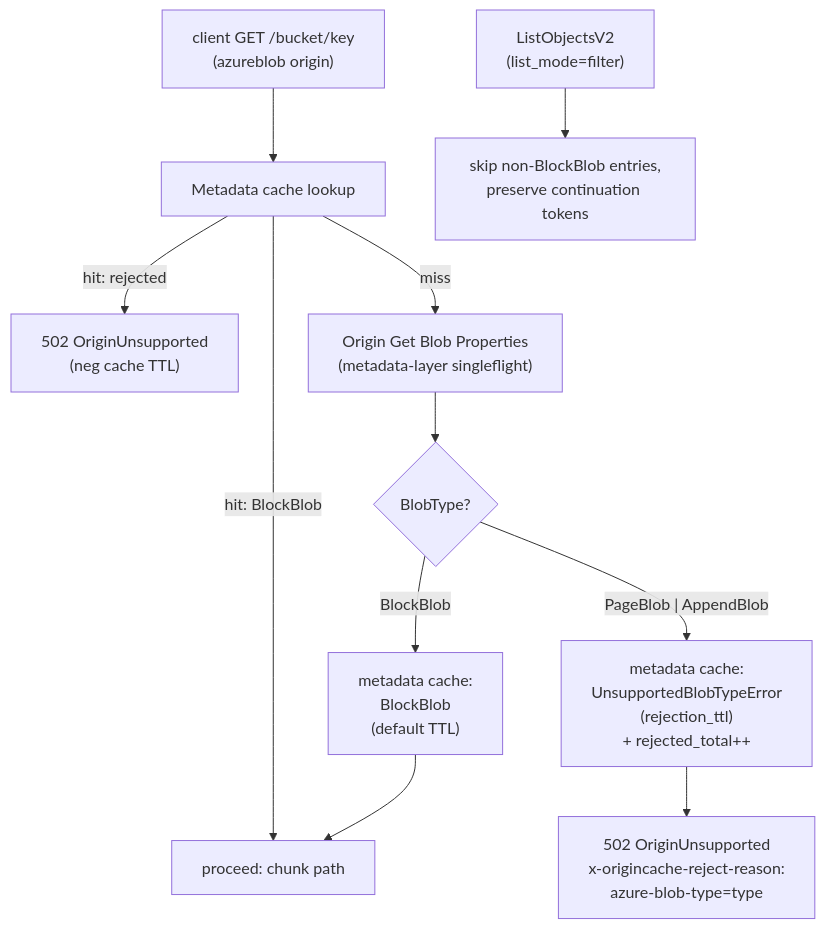
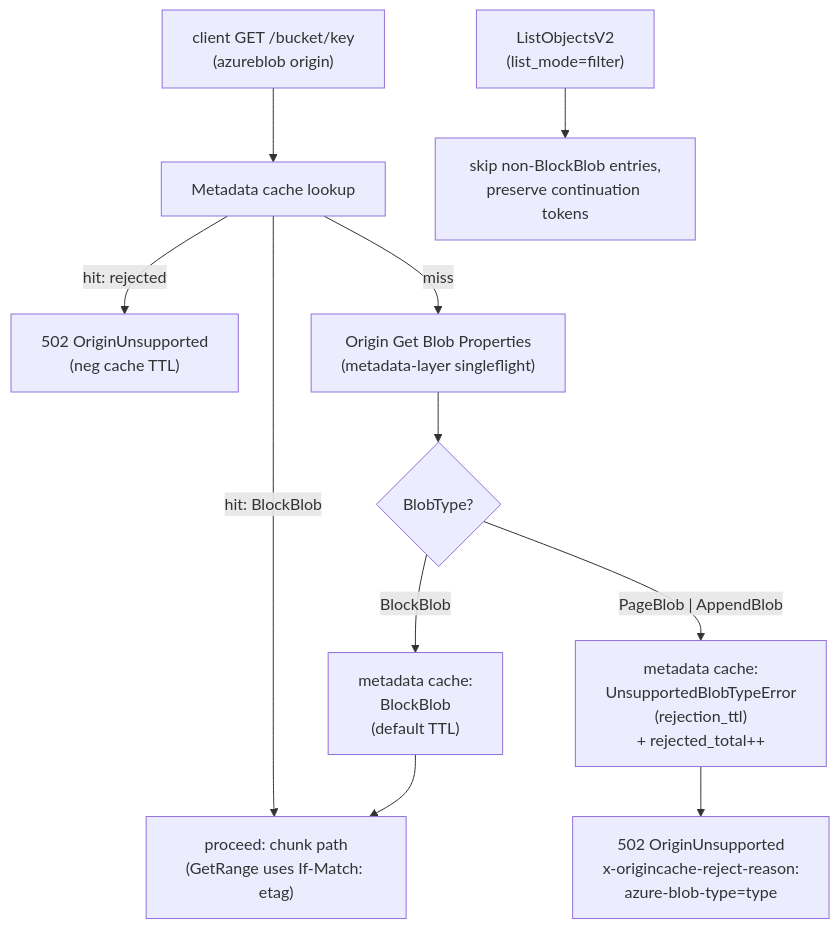
The eighth of 11 diagrams in designdocs/origincache/design.md (Azure/unbounded), drawn with Mermaid before and after one commit. The commit also changed other lines of this file, not shown here.

````diff
--- a/designdocs/origincache/design.md
+++ b/designdocs/origincache/design.md
@@ -412,13 +641,13 @@
 ```mermaid
 flowchart TD
     Req["client GET /bucket/key<br/>(azureblob origin)"] --> Meta["Metadata cache lookup"]
-    Meta -- "hit: BlockBlob" --> OkPath["proceed: chunk path"]
+    Meta -- "hit: BlockBlob" --> OkPath["proceed: chunk path<br/>(GetRange uses If-Match: etag)"]
     Meta -- "hit: rejected" --> Reject1["502 OriginUnsupported<br/>(neg cache TTL)"]
     Meta -- "miss" --> Head["Origin Get Blob Properties<br/>(metadata-layer singleflight)"]
     Head --> Type{"BlobType?"}
     Type -- "BlockBlob" --> CacheOk["metadata cache:<br/>BlockBlob<br/>(default TTL)"]
     Type -- "PageBlob | AppendBlob" --> CacheReject["metadata cache:<br/>UnsupportedBlobTypeError<br/>(rejection_ttl)<br/>+ rejected_total++"]
     CacheOk --> OkPath
     CacheReject --> Reject2["502 OriginUnsupported<br/>x-origincache-reject-reason:<br/>azure-blob-type=type"]
     LR["ListObjectsV2<br/>(list_mode=filter)"] --> Filter["skip non-BlockBlob entries,<br/>preserve continuation tokens"]
 ```
````
